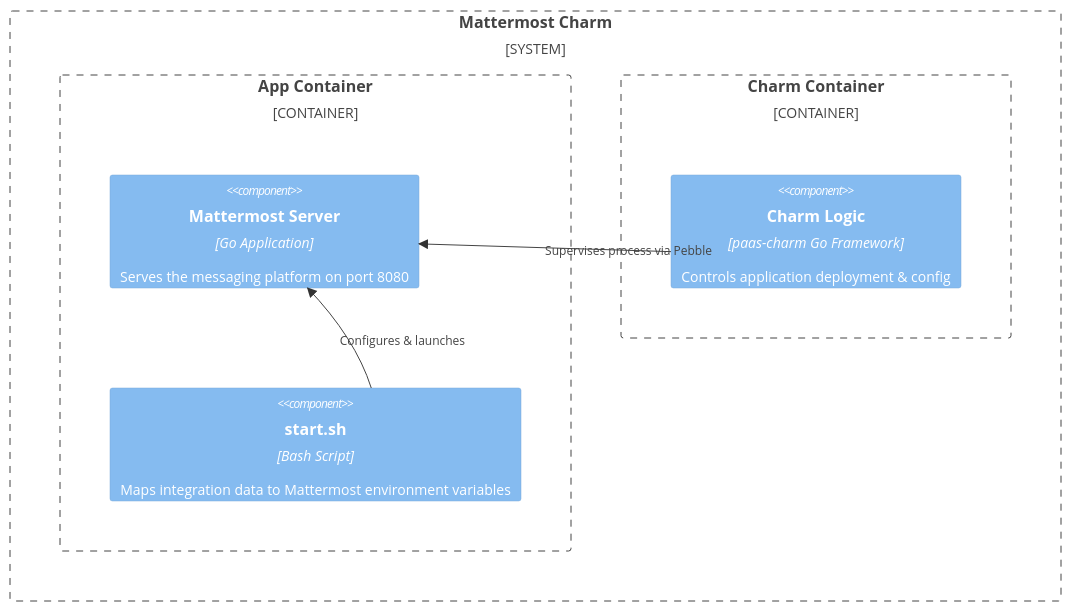
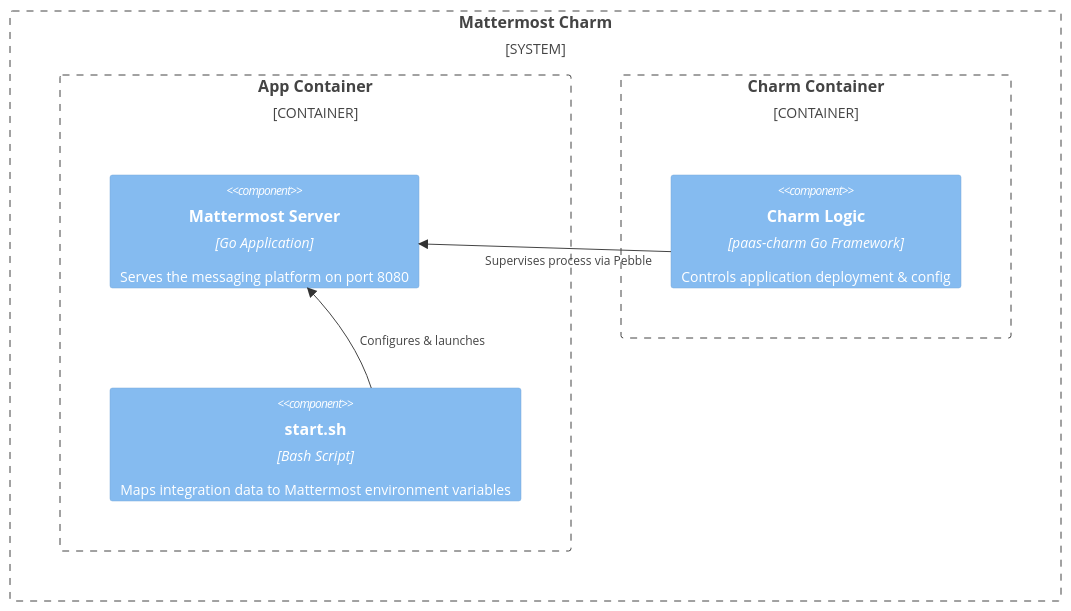
The first of 2 diagrams in docs/reference/charm-architecture.rst (canonical/mattermost-k8s-operator), drawn with Mermaid before and after one commit.

Commit message:
Apply suggestion from @erinecon

```diff
--- a/docs/reference/charm-architecture.rst
+++ b/docs/reference/charm-architecture.rst
@@ -30,14 +30,16 @@
 .. mermaid::
 
    C4Container
      System_Boundary(sb_mattermost, "Mattermost Charm") {
        Container_Boundary(cb_app, "App Container") {
          Component(comp_server, "Mattermost Server", "Go Application", "Serves the messaging platform on port 8080")
          Component(comp_start, "start.sh", "Bash Script", "Maps integration data to Mattermost environment variables")
        }
        Container_Boundary(cb_charm, "Charm Container") {
          Component(comp_logic, "Charm Logic", "paas-charm Go Framework", "Controls application deployment & config")
        }
      }
      Rel(comp_logic, comp_server, "Supervises process via Pebble")
      Rel(comp_start, comp_server, "Configures & launches")
+     UpdateRelStyle(comp_logic, comp_server, $offsetY="10", $offsetX="-60")
+     UpdateRelStyle(comp_start, comp_server, $offsetX="20")
```
